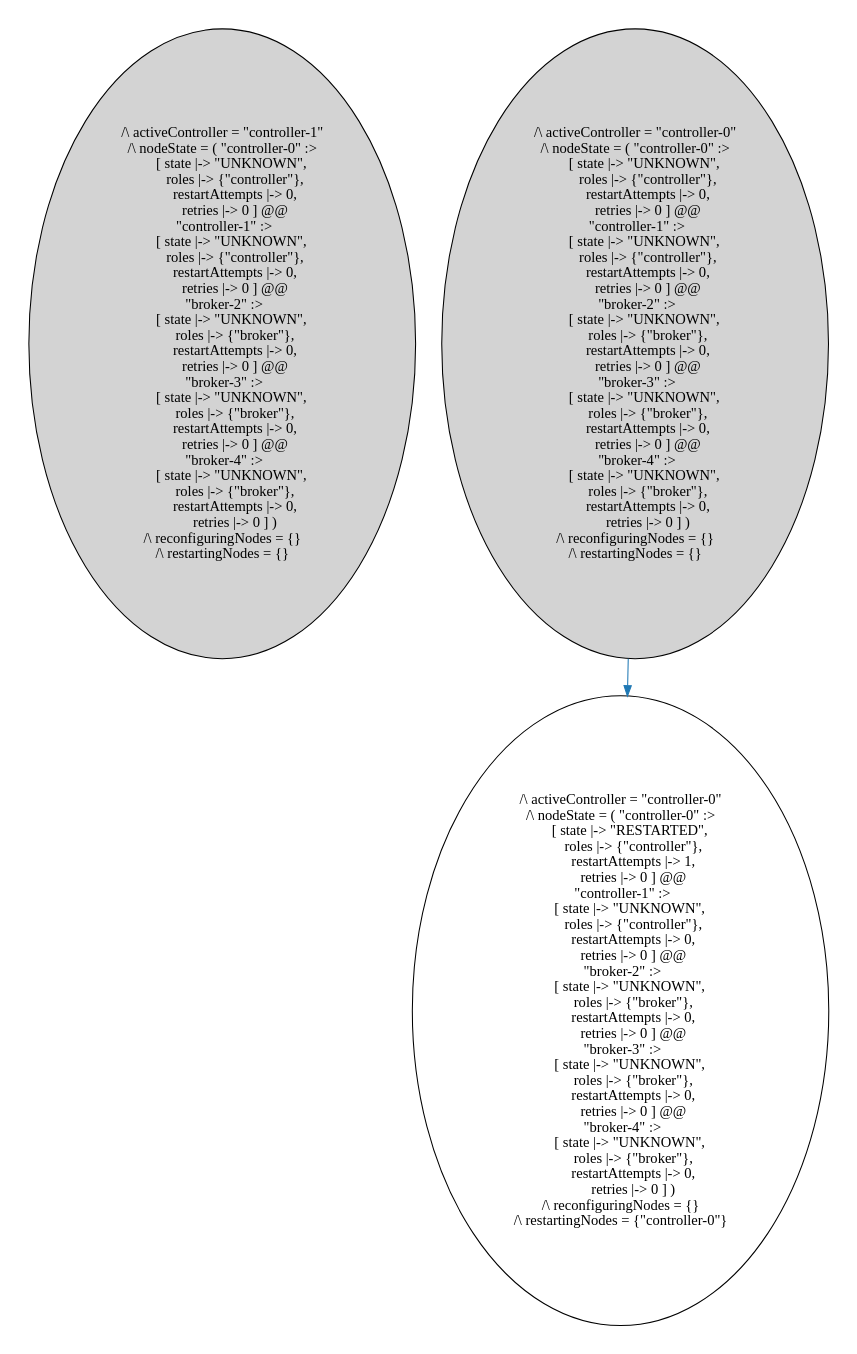
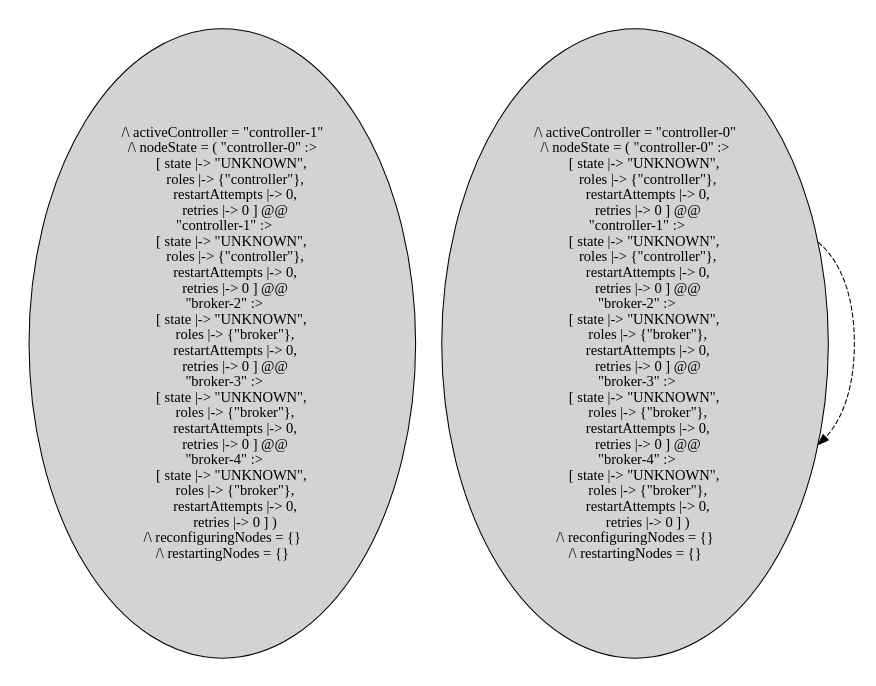
The diagram in formal_verification/TLA+/strimzi/kafka_roller/output.dot (see-quick/verification), drawn with Graphviz before and after one commit. The commit also changed 2 other files, not shown here.

```diff
--- a/formal_verification/TLA+/strimzi/kafka_roller/output.dot
+++ b/formal_verification/TLA+/strimzi/kafka_roller/output.dot
@@ -1,12 +1,11 @@
 strict digraph DiskGraph {
 edge [colorscheme="paired12"]
 nodesep=0.35;
 subgraph cluster_graph {
 color="white";
--6996156591811796063 [label="/\\ activeController = \"controller-0\"\n/\\ nodeState = ( \"controller-0\" :>\n      [ state |-> \"UNKNOWN\",\n        roles |-> {\"controller\"},\n        restartAttempts |-> 0,\n        retries |-> 0 ] @@\n  \"controller-1\" :>\n      [ state |-> \"UNKNOWN\",\n        roles |-> {\"controller\"},\n        restartAttempts |-> 0,\n        retries |-> 0 ] @@\n  \"broker-2\" :>\n      [ state |-> \"UNKNOWN\",\n        roles |-> {\"broker\"},\n        restartAttempts |-> 0,\n        retries |-> 0 ] @@\n  \"broker-3\" :>\n      [ state |-> \"UNKNOWN\",\n        roles |-> {\"broker\"},\n        restartAttempts |-> 0,\n        retries |-> 0 ] @@\n  \"broker-4\" :>\n      [ state |-> \"UNKNOWN\",\n        roles |-> {\"broker\"},\n        restartAttempts |-> 0,\n        retries |-> 0 ] )\n/\\ reconfiguringNodes = {}\n/\\ restartingNodes = {}",style = filled]
-3546755615334939003 [label="/\\ activeController = \"controller-1\"\n/\\ nodeState = ( \"controller-0\" :>\n      [ state |-> \"UNKNOWN\",\n        roles |-> {\"controller\"},\n        restartAttempts |-> 0,\n        retries |-> 0 ] @@\n  \"controller-1\" :>\n      [ state |-> \"UNKNOWN\",\n        roles |-> {\"controller\"},\n        restartAttempts |-> 0,\n        retries |-> 0 ] @@\n  \"broker-2\" :>\n      [ state |-> \"UNKNOWN\",\n        roles |-> {\"broker\"},\n        restartAttempts |-> 0,\n        retries |-> 0 ] @@\n  \"broker-3\" :>\n      [ state |-> \"UNKNOWN\",\n        roles |-> {\"broker\"},\n        restartAttempts |-> 0,\n        retries |-> 0 ] @@\n  \"broker-4\" :>\n      [ state |-> \"UNKNOWN\",\n        roles |-> {\"broker\"},\n        restartAttempts |-> 0,\n        retries |-> 0 ] )\n/\\ reconfiguringNodes = {}\n/\\ restartingNodes = {}",style = filled]
--6996156591811796063 -> -2378051505839195818 [label="",color="2",fontcolor="2"];
--2378051505839195818 [label="/\\ activeController = \"controller-0\"\n/\\ nodeState = ( \"controller-0\" :>\n      [ state |-> \"RESTARTED\",\n        roles |-> {\"controller\"},\n        restartAttempts |-> 1,\n        retries |-> 0 ] @@\n  \"controller-1\" :>\n      [ state |-> \"UNKNOWN\",\n        roles |-> {\"controller\"},\n        restartAttempts |-> 0,\n        retries |-> 0 ] @@\n  \"broker-2\" :>\n      [ state |-> \"UNKNOWN\",\n        roles |-> {\"broker\"},\n        restartAttempts |-> 0,\n        retries |-> 0 ] @@\n  \"broker-3\" :>\n      [ state |-> \"UNKNOWN\",\n        roles |-> {\"broker\"},\n        restartAttempts |-> 0,\n        retries |-> 0 ] @@\n  \"broker-4\" :>\n      [ state |-> \"UNKNOWN\",\n        roles |-> {\"broker\"},\n        restartAttempts |-> 0,\n        retries |-> 0 ] )\n/\\ reconfiguringNodes = {}\n/\\ restartingNodes = {\"controller-0\"}"];
-{rank = same; -6996156591811796063;3546755615334939003;}
+3673204434075540152 [label="/\\ activeController = \"controller-0\"\n/\\ nodeState = ( \"controller-0\" :>\n      [ state |-> \"UNKNOWN\",\n        roles |-> {\"controller\"},\n        restartAttempts |-> 0,\n        retries |-> 0 ] @@\n  \"controller-1\" :>\n      [ state |-> \"UNKNOWN\",\n        roles |-> {\"controller\"},\n        restartAttempts |-> 0,\n        retries |-> 0 ] @@\n  \"broker-2\" :>\n      [ state |-> \"UNKNOWN\",\n        roles |-> {\"broker\"},\n        restartAttempts |-> 0,\n        retries |-> 0 ] @@\n  \"broker-3\" :>\n      [ state |-> \"UNKNOWN\",\n        roles |-> {\"broker\"},\n        restartAttempts |-> 0,\n        retries |-> 0 ] @@\n  \"broker-4\" :>\n      [ state |-> \"UNKNOWN\",\n        roles |-> {\"broker\"},\n        restartAttempts |-> 0,\n        retries |-> 0 ] )\n/\\ reconfiguringNodes = {}\n/\\ restartingNodes = {}",style = filled]
+2196558289733775692 [label="/\\ activeController = \"controller-1\"\n/\\ nodeState = ( \"controller-0\" :>\n      [ state |-> \"UNKNOWN\",\n        roles |-> {\"controller\"},\n        restartAttempts |-> 0,\n        retries |-> 0 ] @@\n  \"controller-1\" :>\n      [ state |-> \"UNKNOWN\",\n        roles |-> {\"controller\"},\n        restartAttempts |-> 0,\n        retries |-> 0 ] @@\n  \"broker-2\" :>\n      [ state |-> \"UNKNOWN\",\n        roles |-> {\"broker\"},\n        restartAttempts |-> 0,\n        retries |-> 0 ] @@\n  \"broker-3\" :>\n      [ state |-> \"UNKNOWN\",\n        roles |-> {\"broker\"},\n        restartAttempts |-> 0,\n        retries |-> 0 ] @@\n  \"broker-4\" :>\n      [ state |-> \"UNKNOWN\",\n        roles |-> {\"broker\"},\n        restartAttempts |-> 0,\n        retries |-> 0 ] )\n/\\ reconfiguringNodes = {}\n/\\ restartingNodes = {}",style = filled]
+3673204434075540152 -> 3673204434075540152 [style="dashed"];
+{rank = same; 2196558289733775692;3673204434075540152;}
 }
 }
```
